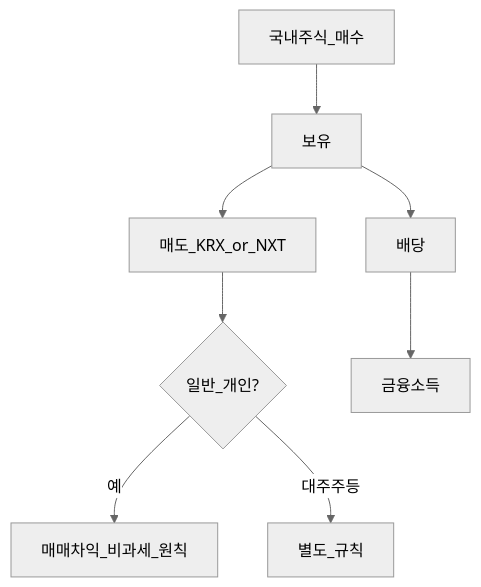
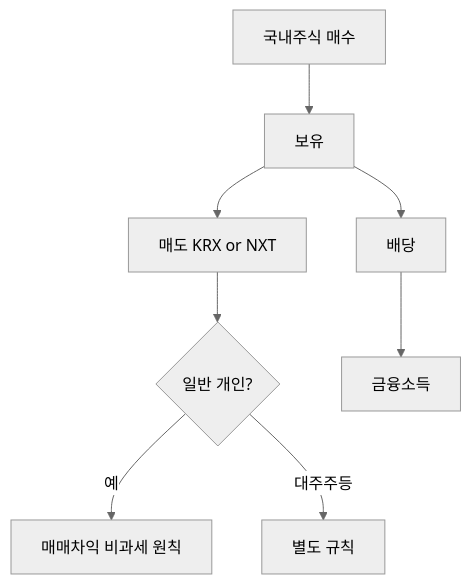
Before and after one commit to goldanghenry/Finances: the first of 2 diagrams in 06-korea-policy/tax/domestic-stocks-tax.md, drawn with Mermaid (neutral theme). The commit also changed other lines of this file and 211 other files, not shown here.

````diff
--- a/06-korea-policy/tax/domestic-stocks-tax.md
+++ b/06-korea-policy/tax/domestic-stocks-tax.md
@@ -83,10 +94,10 @@
 ```mermaid
 flowchart TD
-  Buy[국내주식_매수] --> Hold[보유]
-  Hold --> Sell[매도_KRX_or_NXT]
-  Sell --> CG{일반_개인?}
-  CG -->|예| Ex[매매차익_비과세_원칙]
-  CG -->|대주주등| Other[별도_규칙]
+  Buy["국내주식 매수"] --> Hold[보유]
+  Hold --> Sell["매도 KRX or NXT"]
+  Sell --> CG{"일반 개인?"}
+  CG -->|예| Ex["매매차익 비과세 원칙"]
+  CG -->|대주주등| Other["별도 규칙"]
   Hold --> Div[배당]
   Div --> Fin[금융소득]
 ```
````
